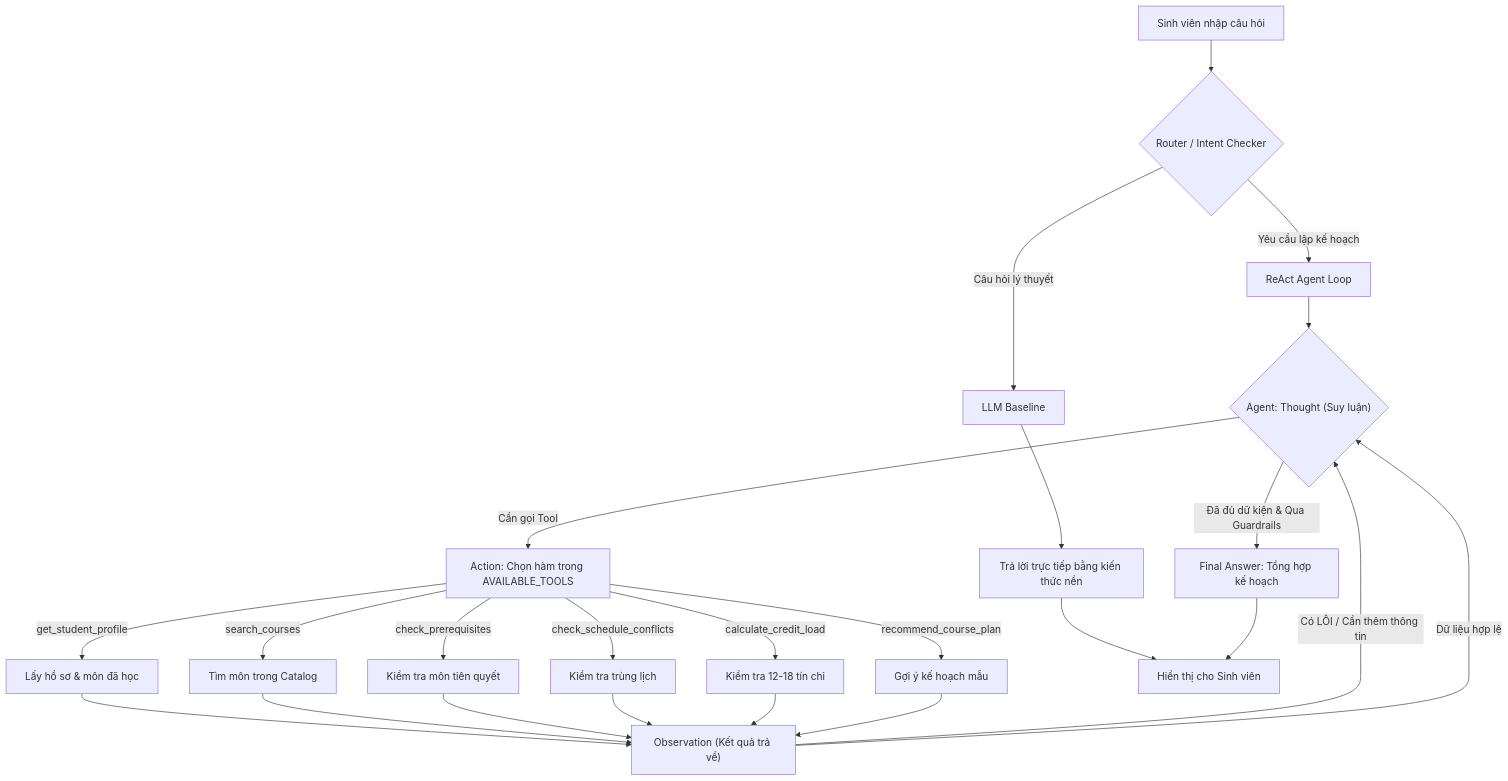
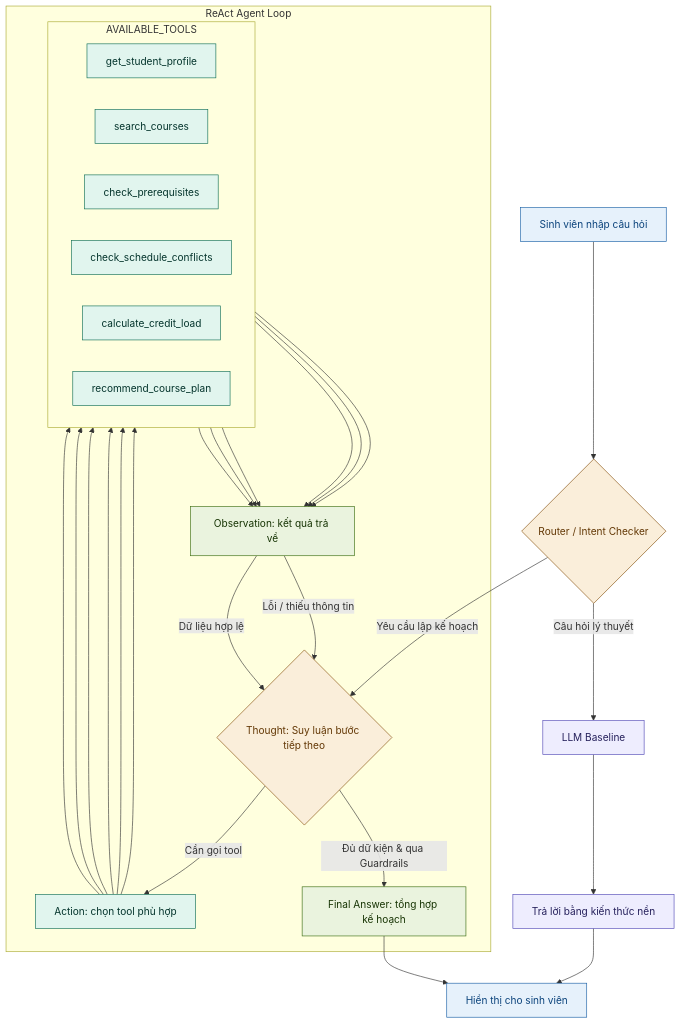
The diagram in docs/hybrid_flowchart.mermaid (phuongnx2112003/K3-Day03-C3-2-E403), drawn with Mermaid before and after one commit.

```diff
--- a/docs/hybrid_flowchart.mermaid
+++ b/docs/hybrid_flowchart.mermaid
@@ -1,34 +1,47 @@
+
 graph TD
     A["Sinh viên nhập câu hỏi"] --> B{"Router / Intent Checker"}
-    
-    %% Nhánh Chatbot
-    B -- "Câu hỏi lý thuyết" --> C["LLM Baseline"]
-    C --> D["Trả lời trực tiếp bằng kiến thức nền"]
-    
-    %% Nhánh ReAct Agent
-    B -- "Yêu cầu lập kế hoạch" --> E["ReAct Agent Loop"]
-    E --> F{"Agent: Thought (Suy luận)"}
-    
-    F --> |"Cần gọi Tool"| G["Action: Chọn hàm trong AVAILABLE_TOOLS"]
-    
-    G --> |"get_student_profile"| T1["Lấy hồ sơ & môn đã học"]
-    G --> |"search_courses"| T2["Tìm môn trong Catalog"]
-    G --> |"check_prerequisites"| T3["Kiểm tra môn tiên quyết"]
-    G --> |"check_schedule_conflicts"| T4["Kiểm tra trùng lịch"]
-    G --> |"calculate_credit_load"| T5["Kiểm tra 12-18 tín chỉ"]
-    G --> |"recommend_course_plan"| T6["Gợi ý kế hoạch mẫu"]
-    
-    T1 --> O["Observation (Kết quả trả về)"]
-    T2 --> O
-    T3 --> O
-    T4 --> O
-    T5 --> O
-    T6 --> O
-    
-    O --> |"Có LỖI / Cần thêm thông tin"| F
-    O --> |"Dữ liệu hợp lệ"| F
-    
-    F --> |"Đã đủ dữ kiện & Qua Guardrails"| M["Final Answer: Tổng hợp kế hoạch"]
-    
-    D --> Z["Hiển thị cho Sinh viên"]
+
+    B -->|"Câu hỏi lý thuyết"| C["LLM Baseline"]
+    C --> D["Trả lời bằng kiến thức nền"]
+
+    B -->|"Yêu cầu lập kế hoạch"| E
+
+    subgraph SG1["ReAct Agent Loop"]
+        E{"Thought: Suy luận bước tiếp theo"}
+        G["Action: chọn tool phù hợp"]
+        E -->|"Cần gọi tool"| G
+
+        subgraph SG2["AVAILABLE_TOOLS"]
+            direction LR
+            T1["get_student_profile"]
+            T2["search_courses"]
+            T3["check_prerequisites"]
+            T4["check_schedule_conflicts"]
+            T5["calculate_credit_load"]
+            T6["recommend_course_plan"]
+        end
+
+        G --> T1 & T2 & T3 & T4 & T5 & T6
+        T1 & T2 & T3 & T4 & T5 & T6 --> O["Observation: kết quả trả về"]
+        O -->|"Lỗi / thiếu thông tin"| E
+        O -->|"Dữ liệu hợp lệ"| E
+
+        E -->|"Đủ dữ kiện & qua Guardrails"| M["Final Answer: tổng hợp kế hoạch"]
+    end
+
+    D --> Z["Hiển thị cho sinh viên"]
     M --> Z
+
+    classDef entry fill:#E6F1FB,stroke:#185FA5,color:#0C447C
+    classDef decision fill:#FAEEDA,stroke:#854F0B,color:#633806
+    classDef chat fill:#EEEDFE,stroke:#534AB7,color:#26215C
+    classDef tool fill:#E1F5EE,stroke:#0F6E56,color:#04342C
+    classDef result fill:#EAF3DE,stroke:#3B6D11,color:#173404
+    classDef output fill:#F1EFE8,stroke:#5F5E5A,color:#2C2C2A
+
+    class A,Z entry
+    class B,E decision
+    class C,D chat
+    class T1,T2,T3,T4,T5,T6,G tool
+    class O,M result
```
